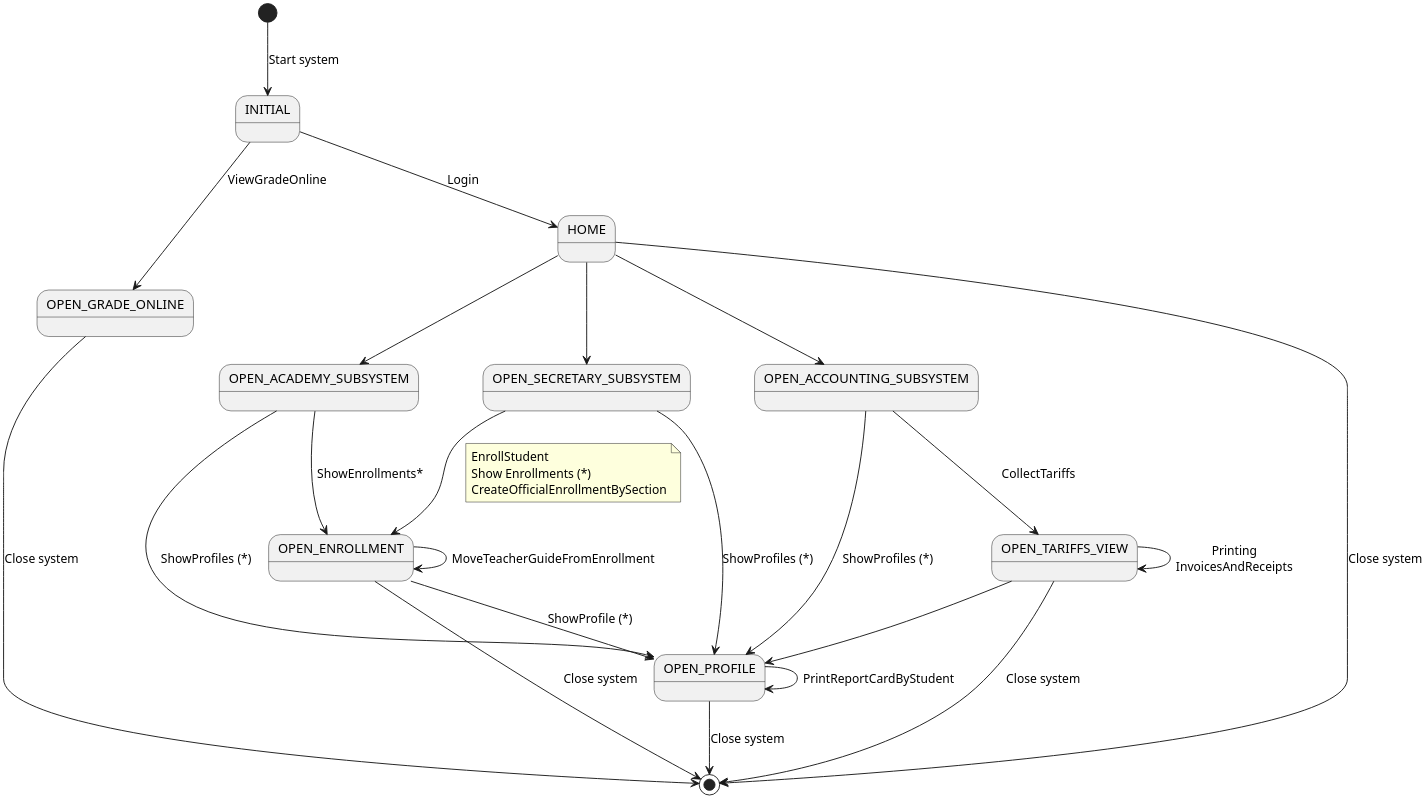
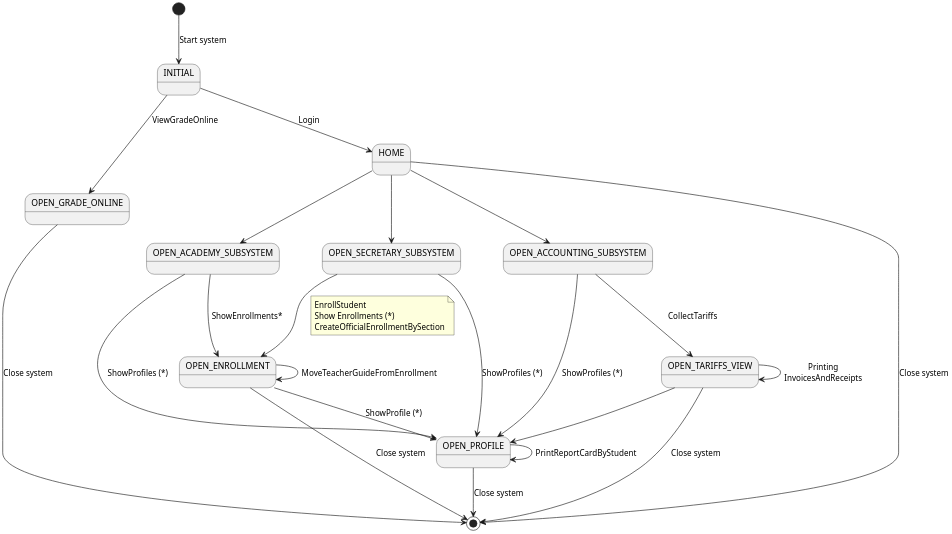
One commit to wsmcbl/wsmcbl.doc changed the diagram in UseCaseView/Context.puml. Above: the diagram before and after it, drawn with PlantUML. The commit also changed 8 other files, not shown here.

```diff
--- a/UseCaseView/Context.puml
+++ b/UseCaseView/Context.puml
@@ -1,60 +1,60 @@
 @startuml
 'skinparam BackgroundColor transparent
-scale 3
+scale 2
 
 state INITIAL
 state HOME
 state OPEN_GRADE_ONLINE
 
 state OPEN_ENROLLMENT
 state OPEN_PROFILE
 state OPEN_TARIFFS_VIEW
 
 state OPEN_ACADEMY_SUBSYSTEM
 state OPEN_SECRETARY_SUBSYSTEM
 state OPEN_ACCOUNTING_SUBSYSTEM
 
 
 '-- Relations --
 [*] --> INITIAL : Start system
 
 INITIAL --> HOME : Login
 INITIAL --> OPEN_GRADE_ONLINE : ViewGradeOnline
 
 'Home to subsystems
 HOME --> OPEN_ACADEMY_SUBSYSTEM
 HOME --> OPEN_SECRETARY_SUBSYSTEM
 HOME --> OPEN_ACCOUNTING_SUBSYSTEM
 
 'OPEN_ACADEMY_SUBSYSTEM
 OPEN_ACADEMY_SUBSYSTEM --> OPEN_PROFILE : ShowProfiles (*)
 OPEN_ACADEMY_SUBSYSTEM --> OPEN_ENROLLMENT : ShowEnrollments*
 
 'OPEN_SECRETARY_SUBSYSTEM
 OPEN_SECRETARY_SUBSYSTEM --> OPEN_PROFILE : ShowProfiles (*)
 OPEN_SECRETARY_SUBSYSTEM --> OPEN_ENROLLMENT
 note on link
     EnrollStudent
     Show Enrollments (*)
     CreateOfficialEnrollmentBySection
 end note
 
 'OPEN_ACCOUNTING_SUBSYSTEM
 OPEN_ACCOUNTING_SUBSYSTEM --> OPEN_PROFILE : ShowProfiles (*)
 OPEN_ACCOUNTING_SUBSYSTEM --> OPEN_TARIFFS_VIEW : CollectTariffs
 
 'Relations
 OPEN_PROFILE --> OPEN_PROFILE : PrintReportCardByStudent
 OPEN_TARIFFS_VIEW --> OPEN_TARIFFS_VIEW : Printing\nInvoicesAndReceipts
 OPEN_TARIFFS_VIEW --> OPEN_PROFILE
 OPEN_ENROLLMENT --> OPEN_PROFILE : ShowProfile (*)
 OPEN_ENROLLMENT --> OPEN_ENROLLMENT : MoveTeacherGuideFromEnrollment
 
 
 'Exit point
 HOME --> [*] : Close system
 OPEN_ENROLLMENT --> [*] : Close system
 OPEN_PROFILE --> [*] : Close system
 OPEN_TARIFFS_VIEW --> [*] : Close system
 OPEN_GRADE_ONLINE --> [*] : Close system
 @enduml
```
